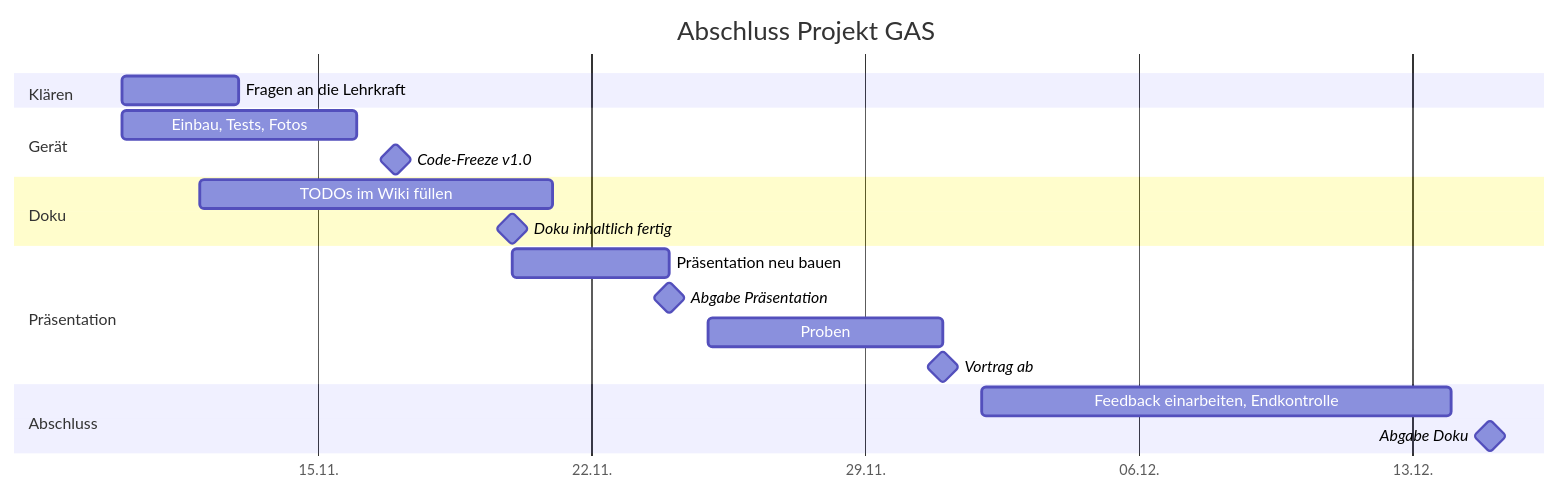
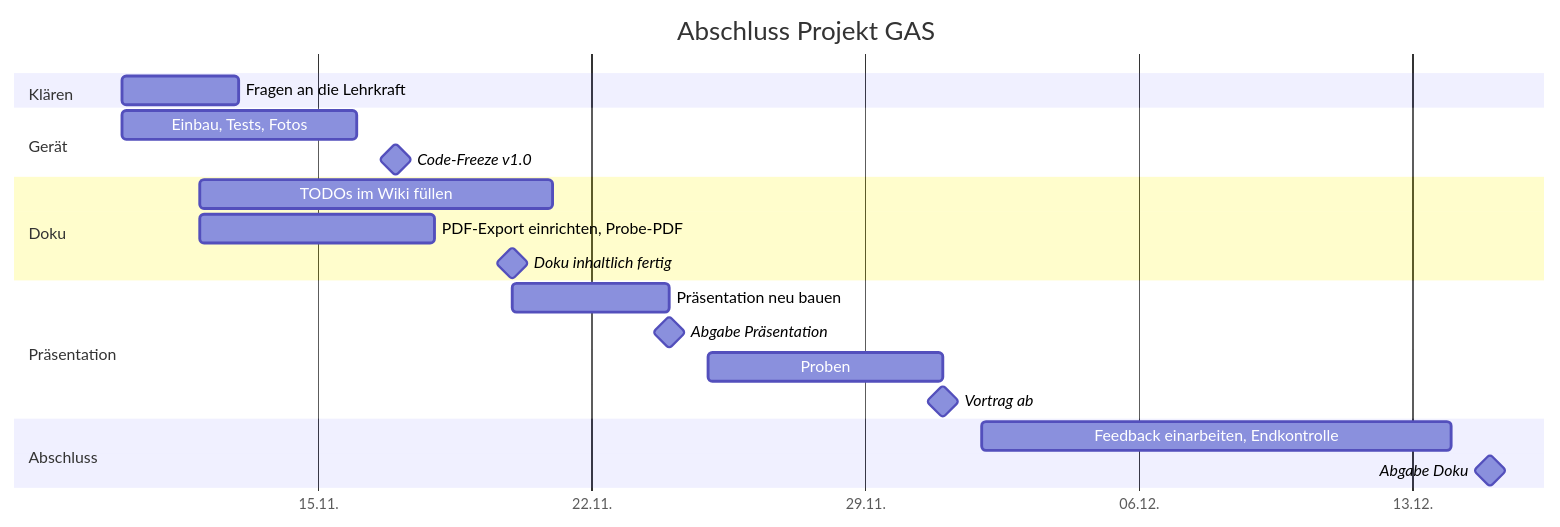
Before and after one commit to BBZ-AIFS51/LF7-Projekt_GAS: the diagram in MDs/abschlussplan.md, drawn with Mermaid. The commit also changed other lines of this file and 7 other files, not shown here.

````diff
--- a/MDs/abschlussplan.md
+++ b/MDs/abschlussplan.md
@@ -46,29 +65,30 @@
 ```mermaid
 gantt
     title Abschluss Projekt GAS
     dateFormat YYYY-MM-DD
     axisFormat %d.%m.
     tickInterval 1week
     todayMarker off
 
     section Klären
     Fragen an die Lehrkraft          :a0, 2026-11-10, 3d
 
     section Gerät
     Einbau, Tests, Fotos             :a1, 2026-11-10, 6d
     Code-Freeze v1.0                 :milestone, m1, 2026-11-17, 0d
 
     section Doku
     TODOs im Wiki füllen             :a2, 2026-11-12, 9d
+    PDF-Export einrichten, Probe-PDF :a2b, 2026-11-12, 6d
     Doku inhaltlich fertig           :milestone, m2, 2026-11-20, 0d
 
     section Präsentation
     Präsentation neu bauen           :a3, 2026-11-20, 4d
     Abgabe Präsentation              :milestone, m3, 2026-11-24, 0d
     Proben                           :a4, 2026-11-25, 6d
     Vortrag ab                       :milestone, m4, 2026-12-01, 0d
 
     section Abschluss
     Feedback einarbeiten, Endkontrolle :a5, 2026-12-02, 12d
     Abgabe Doku                      :milestone, m5, 2026-12-15, 0d
 ```
````
